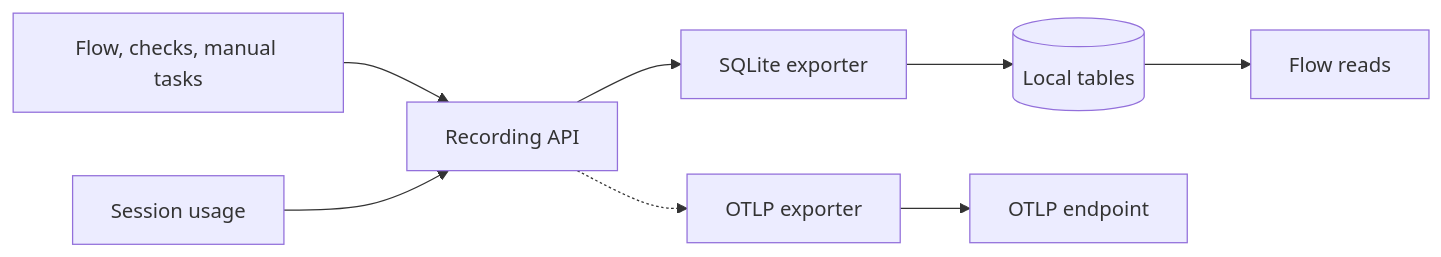
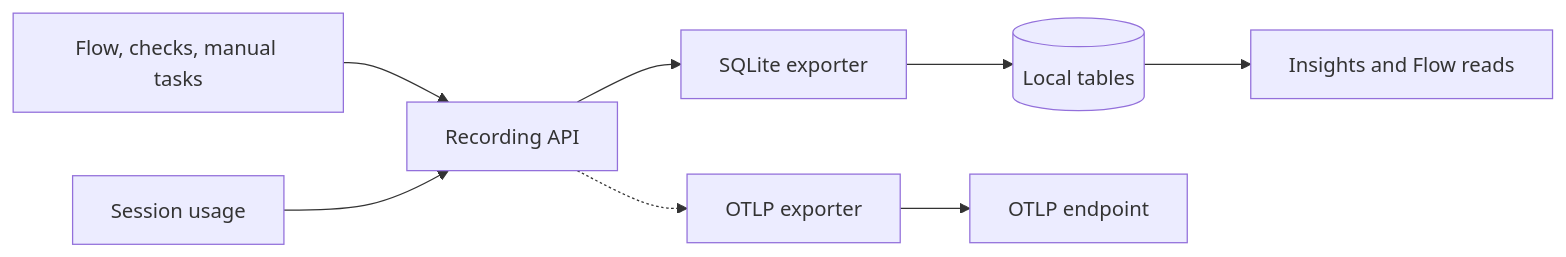
The first of 3 diagrams in .kiro/specs/otel-export/design.md (mtdowling/avoozl), drawn with Mermaid before and after one commit. The commit also changed other lines of this file and 37 other files, not shown here.

````diff
--- a/.kiro/specs/otel-export/design.md
+++ b/.kiro/specs/otel-export/design.md
@@ -12,10 +11,10 @@
 ```mermaid
 flowchart LR
   writers[Flow, checks, manual tasks] --> api[Recording API]
   usage[Session usage] --> api
   api --> sqlite[SQLite exporter]
   api -.-> otlp[OTLP exporter]
   sqlite --> tables[(Local tables)]
-  tables --> flow[Flow reads]
+  tables --> reads[Insights and Flow reads]
   otlp --> backend[OTLP endpoint]
 ```
````
